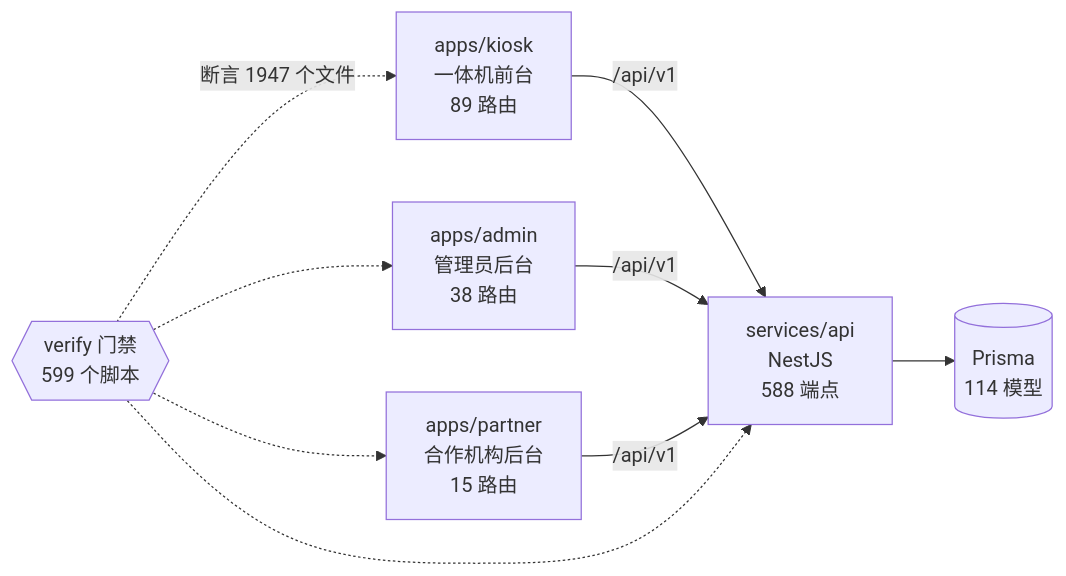
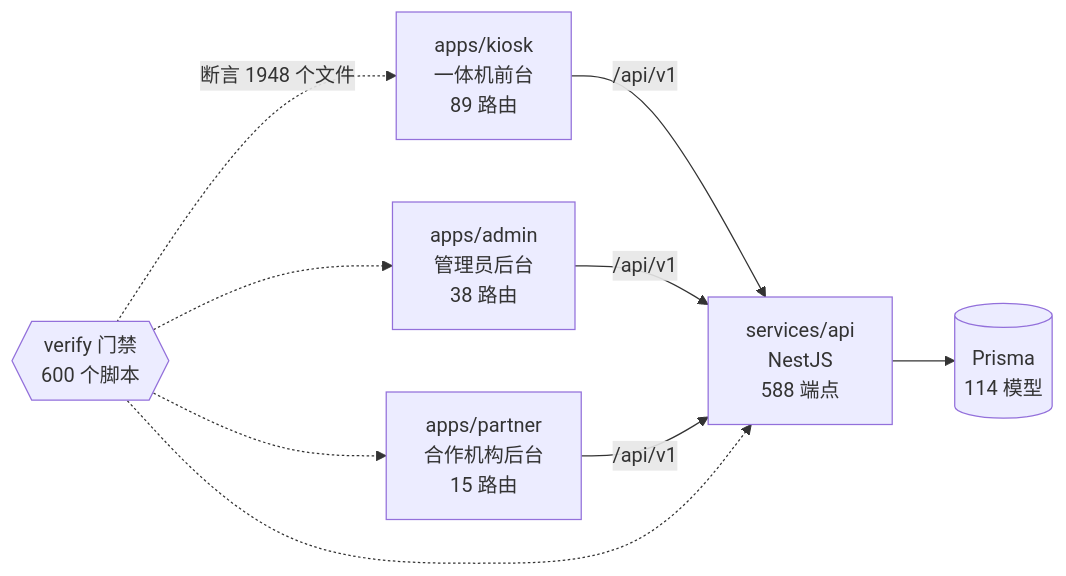
One commit to wanglei581/YITIJI changed the diagram in docs/graph/README.md. Above: the diagram before and after it, drawn with Mermaid. The commit also changed other lines of this file and 9 other files, not shown here.

````diff
--- a/docs/graph/README.md
+++ b/docs/graph/README.md
@@ -68,18 +68,18 @@
 ```mermaid
 flowchart LR
   kiosk["apps/kiosk<br/>一体机前台<br/>89 路由"]
   admin["apps/admin<br/>管理员后台<br/>38 路由"]
   partner["apps/partner<br/>合作机构后台<br/>15 路由"]
   api["services/api<br/>NestJS<br/>588 端点"]
   db[("Prisma<br/>114 模型")]
-  gates{{"verify 门禁<br/>599 个脚本"}}
+  gates{{"verify 门禁<br/>600 个脚本"}}
 
   kiosk -->|"/api/v1"| api
   admin -->|"/api/v1"| api
   partner -->|"/api/v1"| api
   api --> db
-  gates -.->|"断言 1947 个文件"| kiosk
+  gates -.->|"断言 1948 个文件"| kiosk
   gates -.-> admin
   gates -.-> partner
   gates -.-> api
 ```
````
